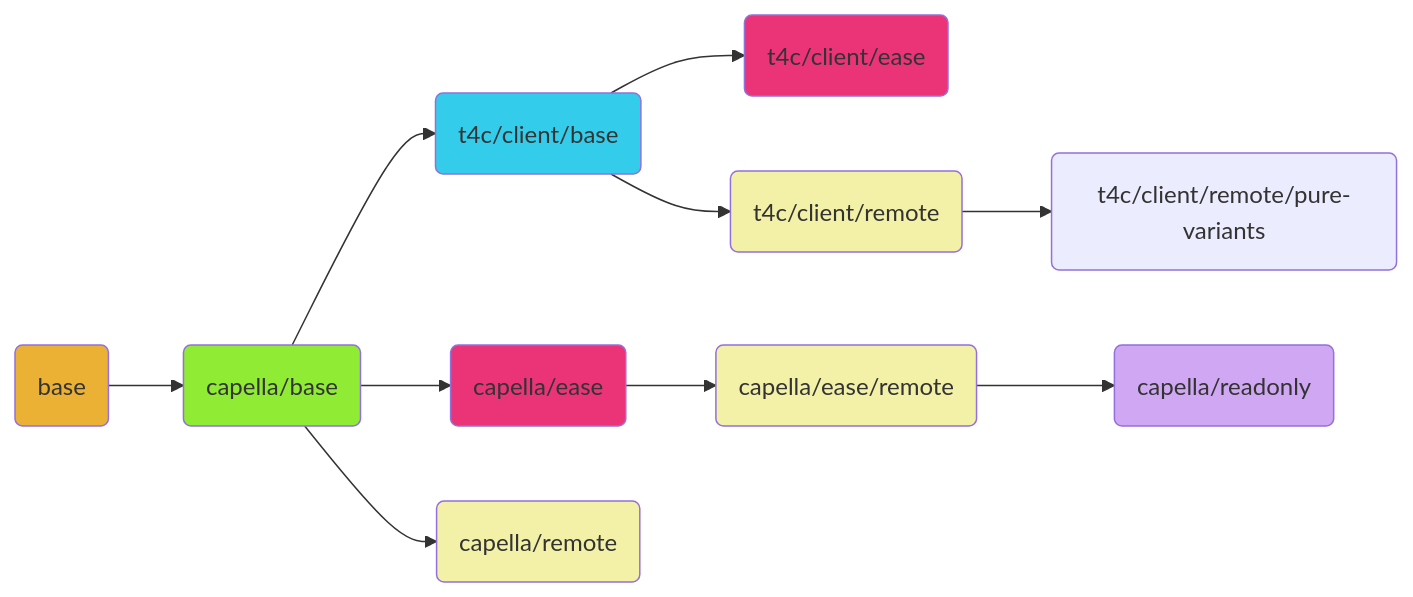
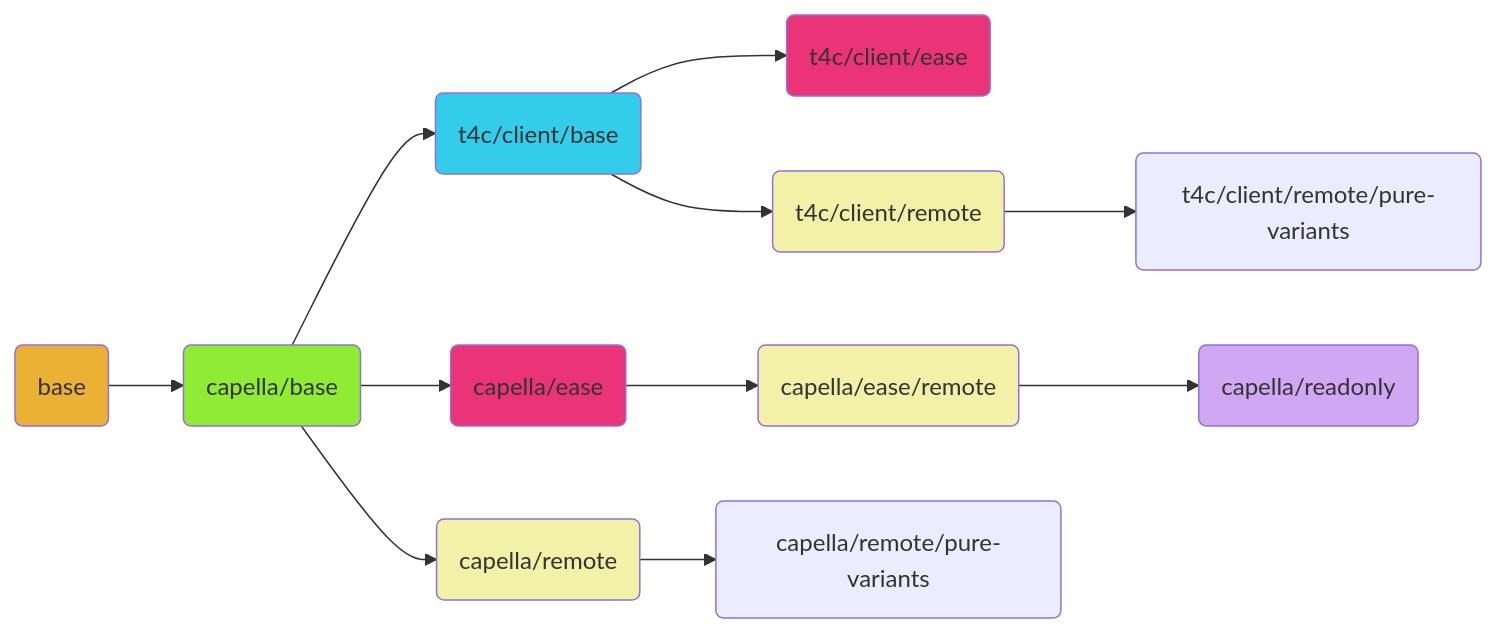
One commit to DSD-DBS/capella-dockerimages changed the diagram in README.md. Above: the diagram before and after it, drawn with Mermaid. The commit also changed other lines of this file, not shown here.

Commit message:
docs: Add documentation for pure::variants

````diff
--- a/README.md
+++ b/README.md
@@ -37,19 +38,19 @@
 ```mermaid
 flowchart LR
     A(base) --> B(capella/base)
     B(capella/base) --> C(t4c/client/base)
     B(capella/base) --> D(capella/ease)
     C(t4c/client/base) --> E(t4c/client/ease)
-    B(capella/base) --> F(capella/remote)
+    B(capella/base) --> F(capella/remote) --> K(capella/remote/pure-variants)
     C(t4c/client/base) --> G(t4c/client/remote) --> J(t4c/client/remote/pure-variants)
     D(capella/ease) --> H(capella/ease/remote) --> I(capella/readonly)
     style A fill:#ebb134
     style B fill:#8feb34
     style C fill:#34cceb
     style D fill:#eb3477
     style E fill:#eb3477
     style F fill:#f2f1a7
     style G fill:#f2f1a7
     style H fill:#f2f1a7
     style I fill:#d0a7f2
 ```
````
